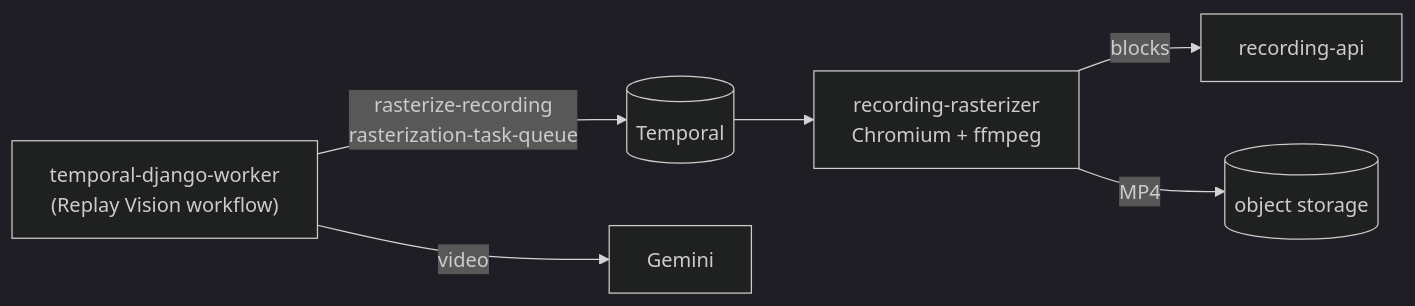
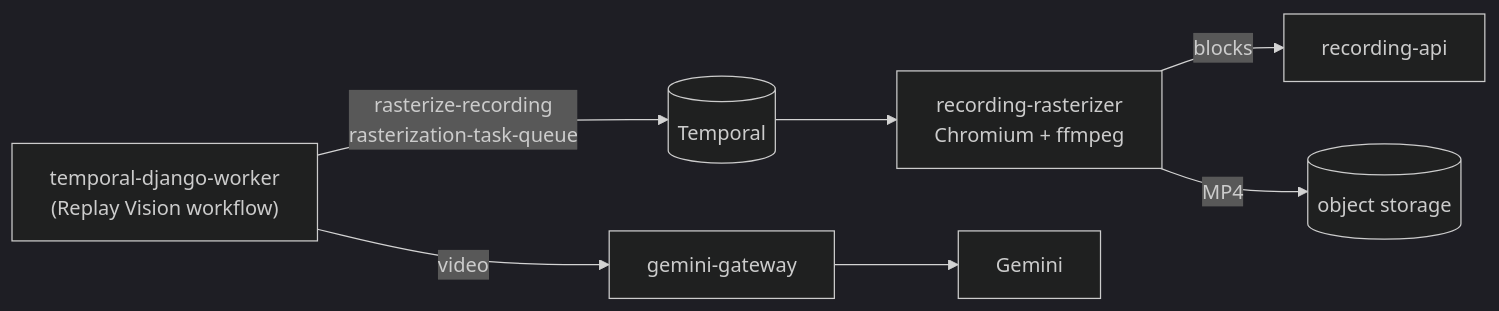
One commit to enricofranke/posthog-k8s changed the diagram in docs/rasterizer.md. Above: the diagram before and after it, drawn with Mermaid (dark theme). The commit also changed other lines of this file and 12 other files, not shown here.

First line of the commit message:
Add gemini-gateway: Gemini-only stand-in for PostHog's AI gateway

````diff
--- a/docs/rasterizer.md
+++ b/docs/rasterizer.md
@@ -14,8 +14,8 @@
 ```mermaid
 flowchart LR
   tdw["temporal-django-worker<br/>(Replay Vision workflow)"] -- "rasterize-recording<br/>rasterization-task-queue" --> T[(Temporal)]
   T --> R["recording-rasterizer<br/>Chromium + ffmpeg"]
   R -- "blocks" --> API[recording-api]
   R -- "MP4" --> S3[(object storage)]
-  tdw -- "video" --> G[Gemini]
+  tdw -- "video" --> GW["gemini-gateway"] --> G[Gemini]
 ```
````
